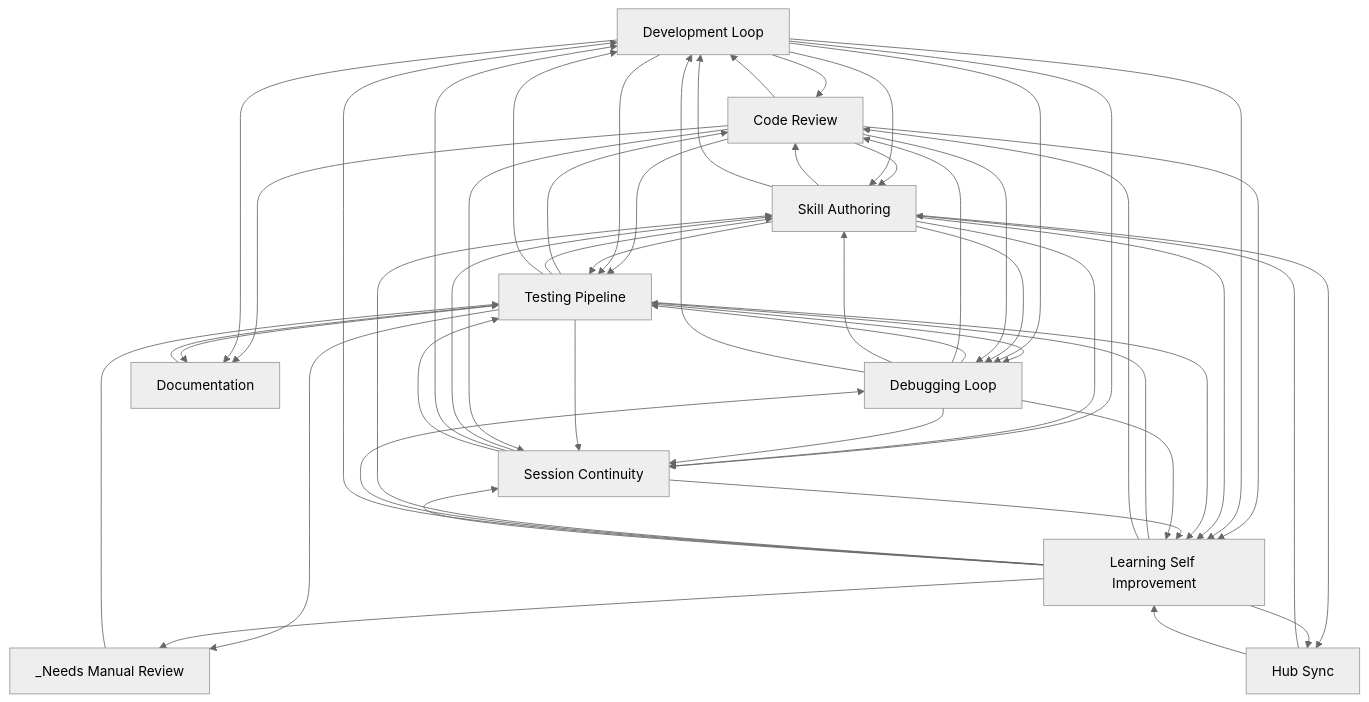
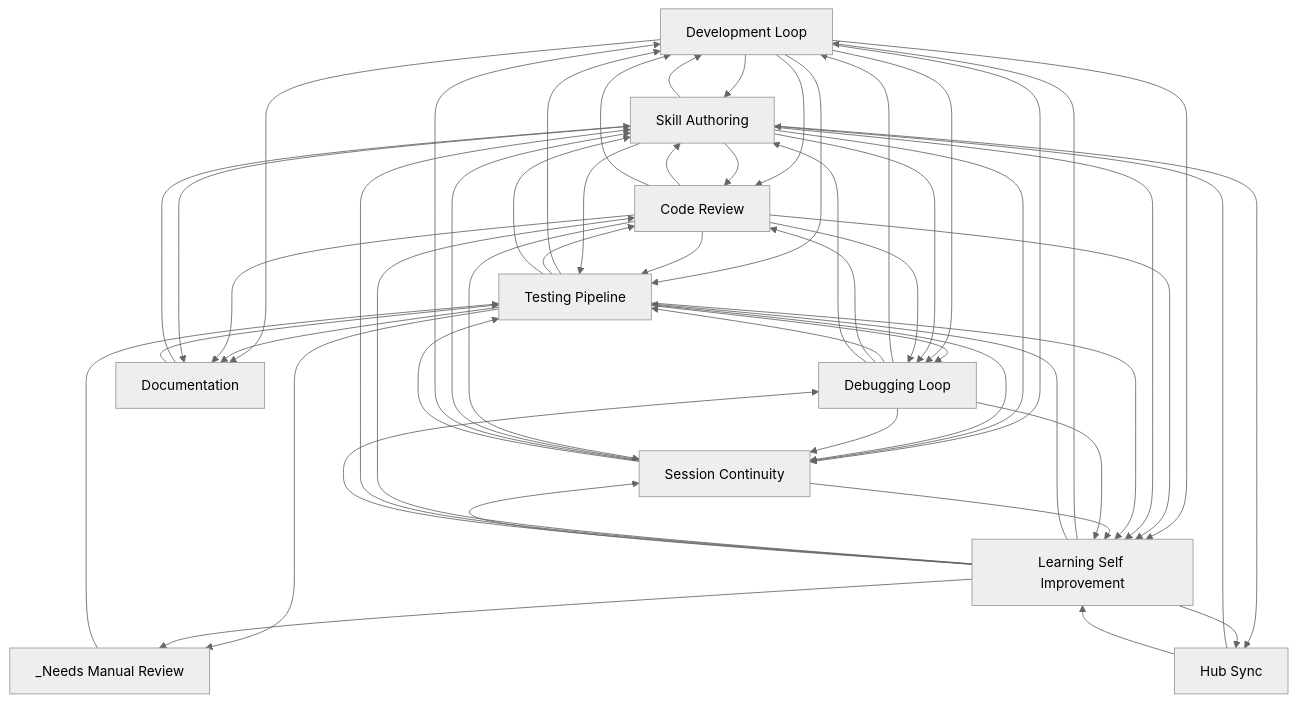
Before and after one commit to abhayla/claude-best-practices: the diagram in docs/workflows/INDEX.md, drawn with Mermaid (neutral theme). The commit also changed other lines of this file and 12 other files, not shown here.

````diff
--- a/docs/workflows/INDEX.md
+++ b/docs/workflows/INDEX.md
@@ -22,64 +22,66 @@
 ```mermaid
 graph TD
     development_loop[Development Loop]
     testing_pipeline[Testing Pipeline]
     debugging_loop[Debugging Loop]
     learning_self_improvement[Learning Self Improvement]
     session_continuity[Session Continuity]
     skill_authoring[Skill Authoring]
     code_review[Code Review]
     documentation[Documentation]
     hub_sync[Hub Sync]
     _needs_manual_review[_Needs Manual Review]
+    documentation --> skill_authoring
     documentation --> testing_pipeline
+    development_loop --> skill_authoring
+    development_loop --> code_review
     code_review --> skill_authoring
     code_review --> development_loop
-    development_loop --> code_review
-    development_loop --> skill_authoring
+    development_loop --> testing_pipeline
+    development_loop --> learning_self_improvement
     code_review --> testing_pipeline
     code_review --> learning_self_improvement
-    development_loop --> testing_pipeline
-    development_loop --> learning_self_improvement
+    testing_pipeline --> development_loop
     testing_pipeline --> code_review
     testing_pipeline --> skill_authoring
     testing_pipeline --> debugging_loop
-    testing_pipeline --> development_loop
+    debugging_loop --> development_loop
     debugging_loop --> testing_pipeline
     debugging_loop --> code_review
     debugging_loop --> skill_authoring
-    debugging_loop --> development_loop
     development_loop --> debugging_loop
+    skill_authoring --> development_loop
     skill_authoring --> code_review
-    skill_authoring --> development_loop
     skill_authoring --> testing_pipeline
     skill_authoring --> learning_self_improvement
-    code_review --> documentation
     development_loop --> documentation
     testing_pipeline --> documentation
+    code_review --> documentation
     development_loop --> session_continuity
     testing_pipeline --> _needs_manual_review
     skill_authoring --> session_continuity
+    testing_pipeline --> session_continuity
     debugging_loop --> session_continuity
-    testing_pipeline --> session_continuity
     skill_authoring --> debugging_loop
+    learning_self_improvement --> development_loop
     learning_self_improvement --> testing_pipeline
     learning_self_improvement --> code_review
     learning_self_improvement --> skill_authoring
     learning_self_improvement --> debugging_loop
-    learning_self_improvement --> development_loop
     code_review --> debugging_loop
     testing_pipeline --> learning_self_improvement
     learning_self_improvement --> session_continuity
     code_review --> session_continuity
     session_continuity --> skill_authoring
     session_continuity --> learning_self_improvement
     session_continuity --> development_loop
     session_continuity --> testing_pipeline
     _needs_manual_review --> testing_pipeline
     skill_authoring --> hub_sync
     debugging_loop --> learning_self_improvement
     learning_self_improvement --> hub_sync
     learning_self_improvement --> _needs_manual_review
     hub_sync --> skill_authoring
     hub_sync --> learning_self_improvement
+    skill_authoring --> documentation
 ```
````
